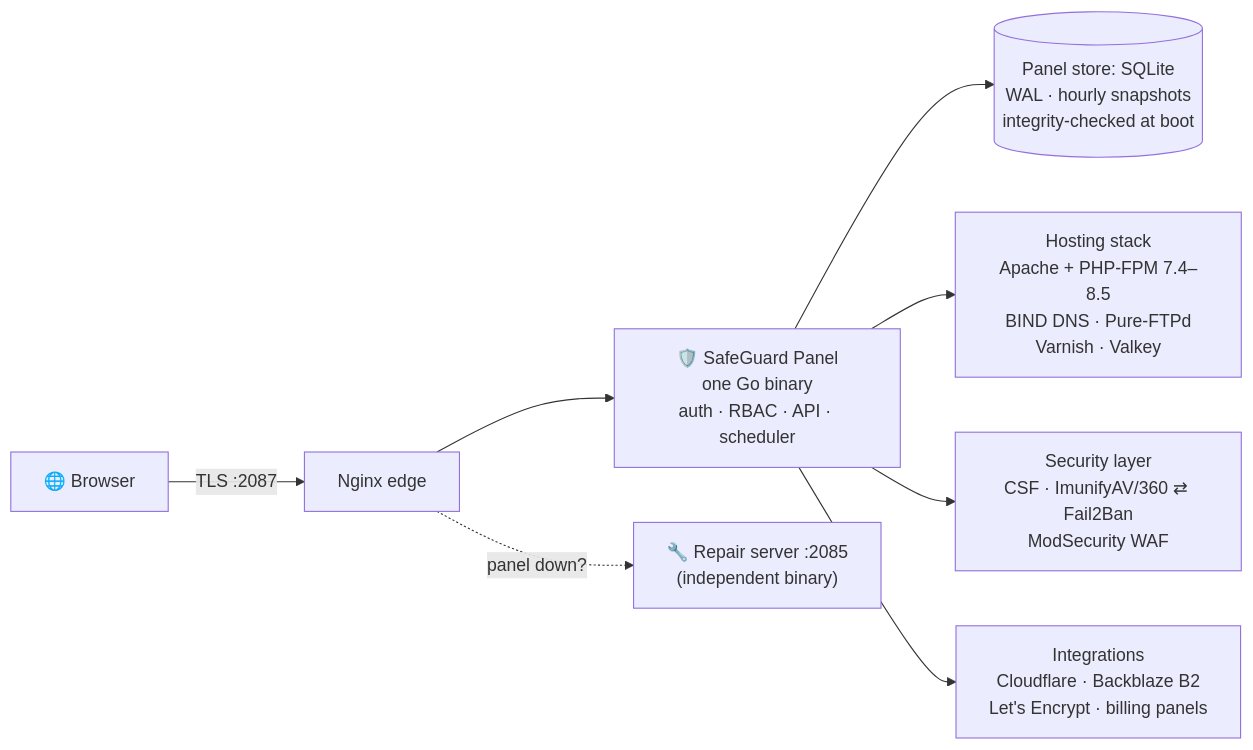
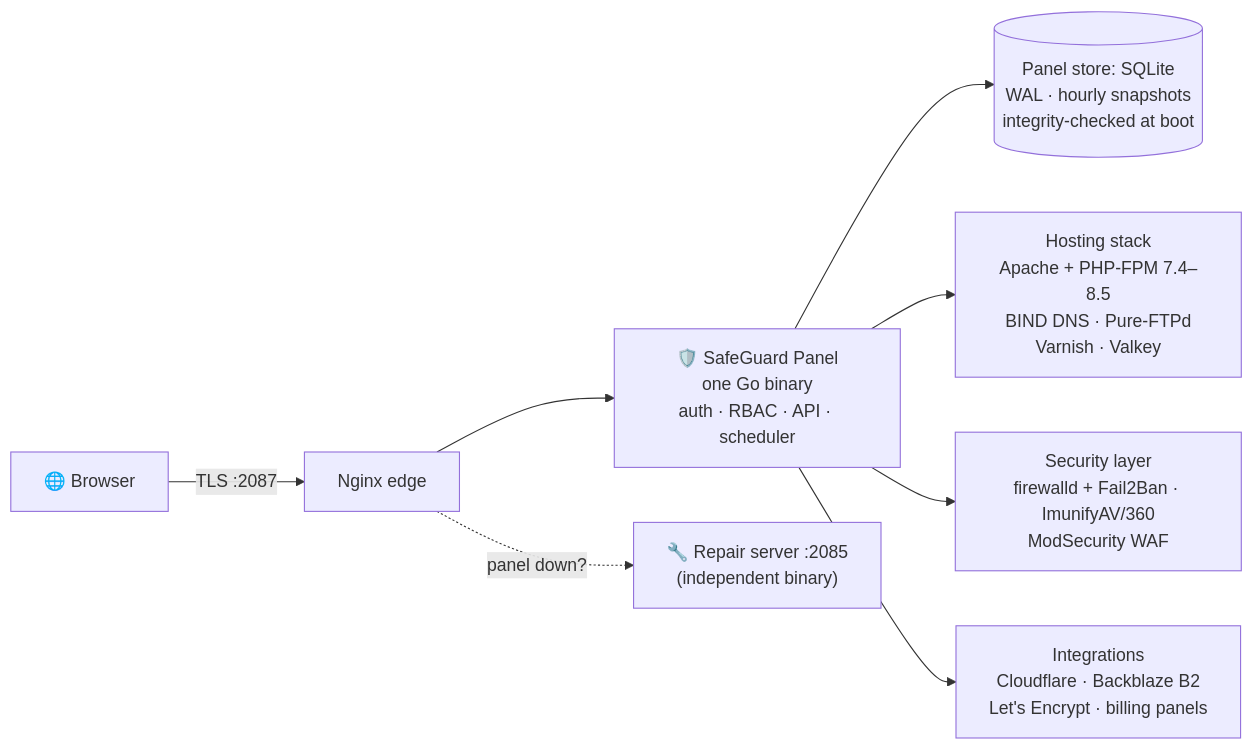
One commit to SafeGuard-Hosting/SafeGuard-Panel-CE changed the diagram in README.md. Above: the diagram before and after it, drawn with Mermaid. The commit also changed other lines of this file and 1 other file, not shown here.

Commit message:
docs: changelog 1.3.56 + 1.3.57; unreleased: CSF retired for firewalld + fail2ban, OS support policy, installer fixes

````diff
--- a/README.md
+++ b/README.md
@@ -310,10 +310,10 @@
 ```mermaid
 flowchart LR
     B[🌐 Browser] -->|TLS :2087| N[Nginx edge]
     N --> P["🛡️ SafeGuard Panel<br/>one Go binary<br/>auth · RBAC · API · scheduler"]
     N -.->|panel down?| R["🔧 Repair server :2085<br/>(independent binary)"]
     P --> D[("Panel store: SQLite<br/>WAL · hourly snapshots<br/>integrity-checked at boot")]
     P --> S["Hosting stack<br/>Apache + PHP-FPM 7.4–8.5<br/>BIND DNS · Pure-FTPd<br/>Varnish · Valkey"]
-    P --> SEC["Security layer<br/>CSF · ImunifyAV/360 ⇄ Fail2Ban<br/>ModSecurity WAF"]
+    P --> SEC["Security layer<br/>firewalld + Fail2Ban · ImunifyAV/360<br/>ModSecurity WAF"]
     P --> EXT["Integrations<br/>Cloudflare · Backblaze B2<br/>Let's Encrypt · billing panels"]
 ```
````
